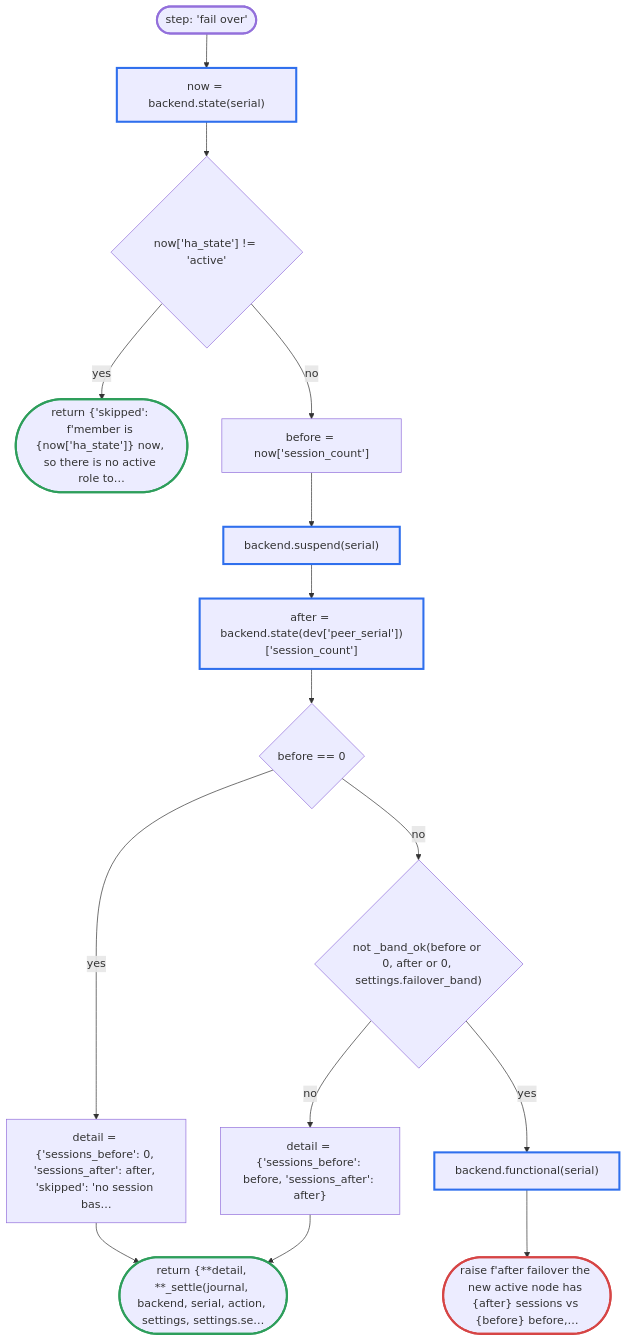
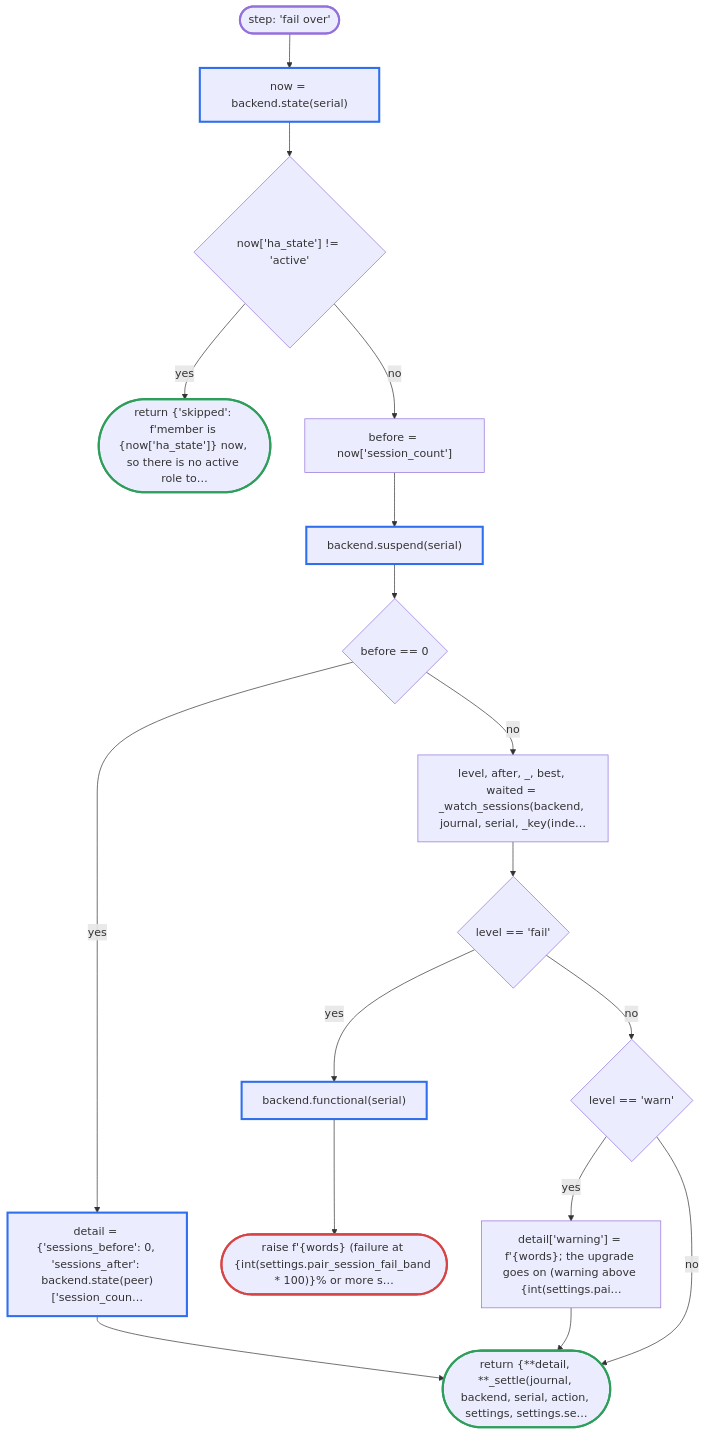
Before and after one commit to fettigcj/panUpgrade: diagram 11 of 22 in docs/flow/upgrade.md, drawn with Mermaid. The commit also changed other lines of this file and 13 other files, not shown here.

Commit message:
Warn and fail bands for HA pairs with a wait for the session table; retire failover_band and post_upgrade_band

````diff
--- a/docs/flow/upgrade.md
+++ b/docs/flow/upgrade.md
@@ -417,44 +417,47 @@
 ```mermaid
 flowchart TD
     d5_1(["step: 'fail over'"])
     d5_2["now = backend.state(serial)"]
     d5_3{"now['ha_state'] != 'active'"}
     d5_4(["return {'skipped': f'member is {now['ha_state']} now, so there is no active role to…"])
     d5_5["before = now['session_count']"]
     d5_6["backend.suspend(serial)"]
-    d5_7["after = backend.state(dev['peer_serial'])['session_count']"]
-    d5_8{"before == 0"}
-    d5_9["detail = {'sessions_before': 0, 'sessions_after': after, 'skipped': 'no session bas…"]
-    d5_10{"not _band_ok(before or 0, after or 0, settings.failover_band)"}
+    d5_7{"before == 0"}
+    d5_8["detail = {'sessions_before': 0, 'sessions_after': backend.state(peer)['session_coun…"]
+    d5_9["level, after, _, best, waited = _watch_sessions(backend, journal, serial, _key(inde…"]
+    d5_10{"level == 'fail'"}
     d5_11["backend.functional(serial)"]
-    d5_12(["raise f'after failover the new active node has {after} sessions vs {before} before,…"])
-    d5_13["detail = {'sessions_before': before, 'sessions_after': after}"]
-    d5_14(["return {**detail, **_settle(journal, backend, serial, action, settings, settings.se…"])
+    d5_12(["raise f'{words} (failure at {int(settings.pair_session_fail_band * 100)}% or more s…"])
+    d5_13{"level == 'warn'"}
+    d5_14["detail['warning'] = f'{words}; the upgrade goes on (warning above {int(settings.pai…"]
+    d5_15(["return {**detail, **_settle(journal, backend, serial, action, settings, settings.se…"])
     d5_1 --> d5_2
     d5_2 --> d5_3
     d5_3 -->|yes| d5_4
     d5_3 -->|no| d5_5
     d5_5 --> d5_6
     d5_6 --> d5_7
-    d5_7 --> d5_8
-    d5_8 -->|yes| d5_9
-    d5_8 -->|no| d5_10
+    d5_7 -->|yes| d5_8
+    d5_7 -->|no| d5_9
+    d5_9 --> d5_10
     d5_10 -->|yes| d5_11
     d5_11 --> d5_12
     d5_10 -->|no| d5_13
-    d5_9 --> d5_14
-    d5_13 --> d5_14
+    d5_13 -->|yes| d5_14
+    d5_8 --> d5_15
+    d5_14 --> d5_15
+    d5_13 -->|no| d5_15
     classDef api stroke:#2f6fed,stroke-width:3px
     classDef refuse stroke:#d64545,stroke-width:3px
     classDef done stroke:#2e9e5b,stroke-width:3px
     classDef step stroke:#e0a020,stroke-width:3px
     classDef entry stroke-width:3px
     class d5_1 entry
     class d5_2 api
     class d5_4 done
     class d5_6 api
-    class d5_7 api
+    class d5_8 api
     class d5_11 api
     class d5_12 refuse
-    class d5_14 done
+    class d5_15 done
 ```
````
